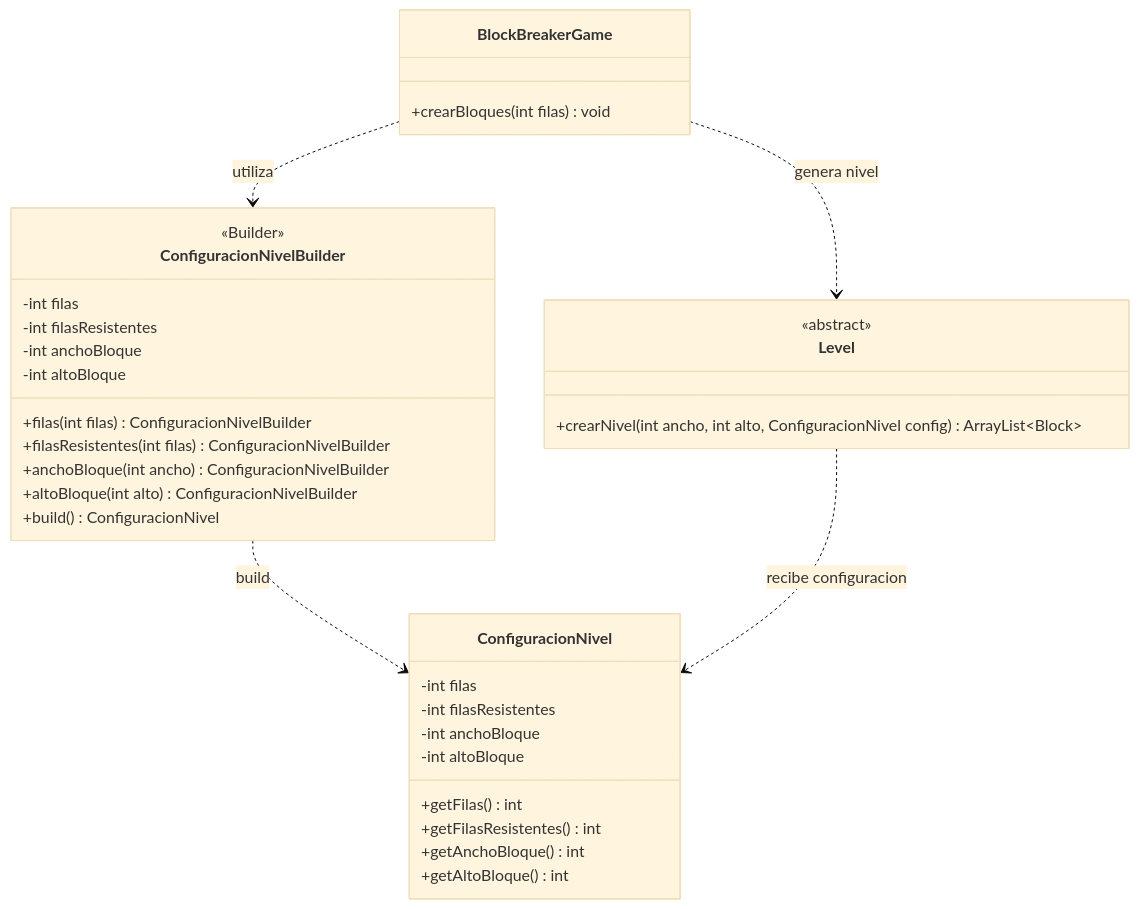
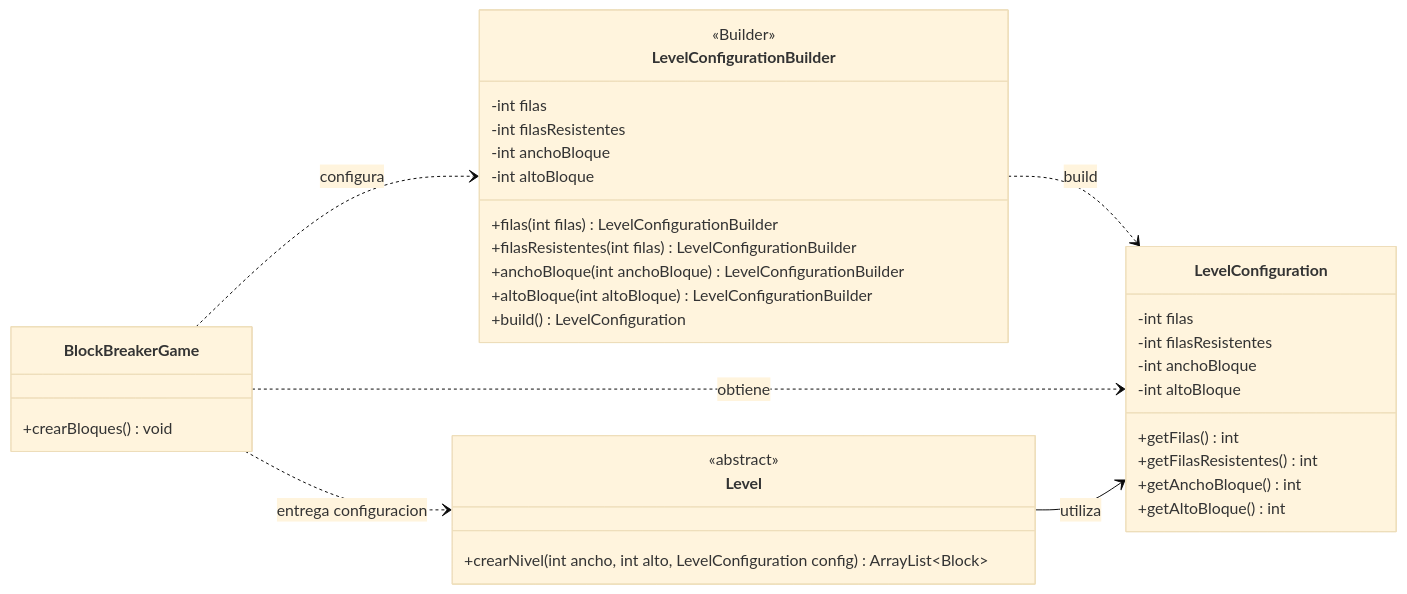
Before and after one commit to Curruk/ProyectoBlockBreaker: the fourth of 4 diagrams in patrones.md, drawn with Mermaid (base theme). The commit also changed other lines of this file, not shown here.

Commit message:
Refactor game structure

````diff
--- a/patrones.md
+++ b/patrones.md
@@ -143,40 +156,43 @@
 ```mermaid
 classDiagram
-    class ConfiguracionNivelBuilder {
-        <<Builder>>
-        -int filas
-        -int filasResistentes
-        -int anchoBloque
-        -int altoBloque
-        +filas(int filas) ConfiguracionNivelBuilder
-        +filasResistentes(int filas) ConfiguracionNivelBuilder
-        +anchoBloque(int ancho) ConfiguracionNivelBuilder
-        +altoBloque(int alto) ConfiguracionNivelBuilder
-        +build() ConfiguracionNivel
-    }
+direction LR
 
-    class ConfiguracionNivel {
-        -int filas
-        -int filasResistentes
-        -int anchoBloque
-        -int altoBloque
-        +getFilas() int
-        +getFilasResistentes() int
-        +getAnchoBloque() int
-        +getAltoBloque() int
-    }
+class BlockBreakerGame {
+    +crearBloques() void
+}
 
-    class BlockBreakerGame {
-        +crearBloques(int filas) void
-    }
+class LevelConfigurationBuilder {
+    <<Builder>>
+    -int filas
+    -int filasResistentes
+    -int anchoBloque
+    -int altoBloque
+    +filas(int filas) LevelConfigurationBuilder
+    +filasResistentes(int filas) LevelConfigurationBuilder
+    +anchoBloque(int anchoBloque) LevelConfigurationBuilder
+    +altoBloque(int altoBloque) LevelConfigurationBuilder
+    +build() LevelConfiguration
+}
 
-    class Level {
-        <<abstract>>
-        +crearNivel(int ancho, int alto, ConfiguracionNivel config) ArrayList~Block~
-    }
+class LevelConfiguration {
+    -int filas
+    -int filasResistentes
+    -int anchoBloque
+    -int altoBloque
+    +getFilas() int
+    +getFilasResistentes() int
+    +getAnchoBloque() int
+    +getAltoBloque() int
+}
 
-    ConfiguracionNivelBuilder ..> ConfiguracionNivel : build
-    BlockBreakerGame ..> ConfiguracionNivelBuilder : utiliza
-    BlockBreakerGame ..> Level : genera nivel
-    Level ..> ConfiguracionNivel : recibe configuracion
+class Level {
+    <<abstract>>
+    +crearNivel(int ancho, int alto, LevelConfiguration config) ArrayList~Block~
+}
+
+BlockBreakerGame ..> LevelConfigurationBuilder : configura
+LevelConfigurationBuilder ..> LevelConfiguration : build
+BlockBreakerGame ..> LevelConfiguration : obtiene
+BlockBreakerGame ..> Level : entrega configuracion
+Level --> LevelConfiguration : utiliza
 ```
````
